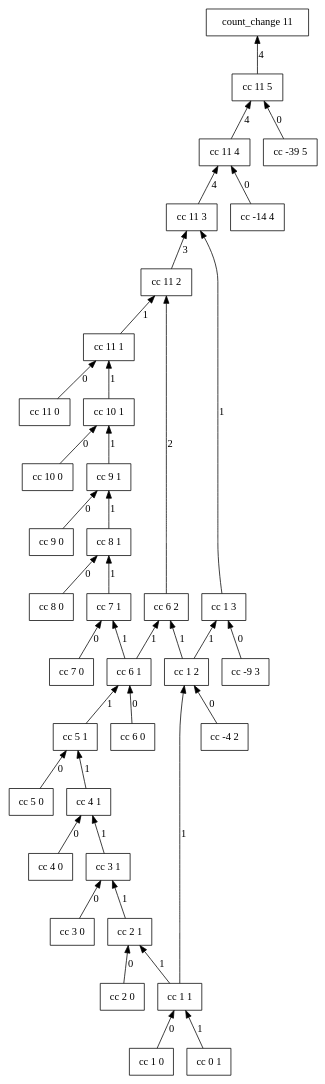
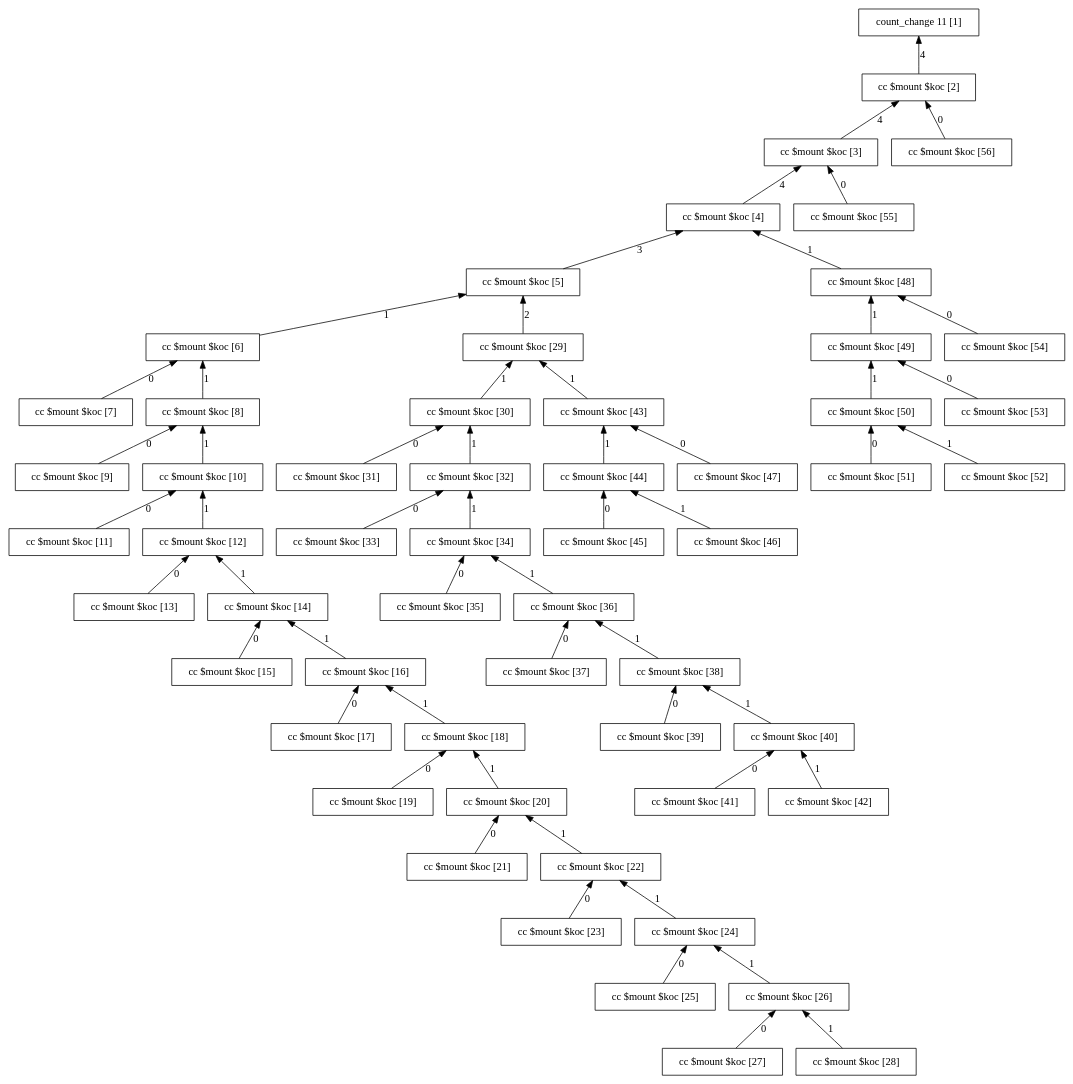
The diagram in tryout/racket/sicp/ex1.14-amount-11.dot (bpdevries1/nicoprj), drawn with Graphviz before and after one commit. The commit also changed 6 other files, not shown here.

```diff
--- a/tryout/racket/sicp/ex1.14-amount-11.dot
+++ b/tryout/racket/sicp/ex1.14-amount-11.dot
@@ -1,121 +1,121 @@
 digraph G {
 		rankdir = BT
 /*
 		size="40,40";
 		ratio=fill;
 		node [fontname=Arial,fontsize=20];
 		edge [fontname=Arial,fontsize=16];
 */
     
-  _count_change_11 [label="count_change 11",shape="rectangle"];
-  _cc_11_5 [label="cc 11 5",shape="rectangle"];
-  _cc_11_4 [label="cc 11 4",shape="rectangle"];
-  _cc_11_3 [label="cc 11 3",shape="rectangle"];
-  _cc_11_2 [label="cc 11 2",shape="rectangle"];
-  _cc_11_1 [label="cc 11 1",shape="rectangle"];
-  _cc_11_0 [label="cc 11 0",shape="rectangle"];
-  _cc_10_1 [label="cc 10 1",shape="rectangle"];
-  _cc_10_0 [label="cc 10 0",shape="rectangle"];
-  _cc_9_1 [label="cc 9 1",shape="rectangle"];
-  _cc_9_0 [label="cc 9 0",shape="rectangle"];
-  _cc_8_1 [label="cc 8 1",shape="rectangle"];
-  _cc_8_0 [label="cc 8 0",shape="rectangle"];
-  _cc_7_1 [label="cc 7 1",shape="rectangle"];
-  _cc_7_0 [label="cc 7 0",shape="rectangle"];
-  _cc_6_1 [label="cc 6 1",shape="rectangle"];
-  _cc_6_0 [label="cc 6 0",shape="rectangle"];
-  _cc_5_1 [label="cc 5 1",shape="rectangle"];
-  _cc_5_0 [label="cc 5 0",shape="rectangle"];
-  _cc_4_1 [label="cc 4 1",shape="rectangle"];
-  _cc_4_0 [label="cc 4 0",shape="rectangle"];
-  _cc_3_1 [label="cc 3 1",shape="rectangle"];
-  _cc_3_0 [label="cc 3 0",shape="rectangle"];
-  _cc_2_1 [label="cc 2 1",shape="rectangle"];
-  _cc_2_0 [label="cc 2 0",shape="rectangle"];
-  _cc_1_1 [label="cc 1 1",shape="rectangle"];
-  _cc_1_0 [label="cc 1 0",shape="rectangle"];
-  _cc_0_1 [label="cc 0 1",shape="rectangle"];
-  _cc_1_0 -> _cc_1_1 [label="0"];
-  _cc_0_1 -> _cc_1_1 [label="1"];
-  _cc_2_0 -> _cc_2_1 [label="0"];
-  _cc_1_1 -> _cc_2_1 [label="1"];
-  _cc_3_0 -> _cc_3_1 [label="0"];
-  _cc_2_1 -> _cc_3_1 [label="1"];
-  _cc_4_0 -> _cc_4_1 [label="0"];
-  _cc_3_1 -> _cc_4_1 [label="1"];
-  _cc_5_0 -> _cc_5_1 [label="0"];
-  _cc_4_1 -> _cc_5_1 [label="1"];
-  _cc_6_0 -> _cc_6_1 [label="0"];
-  _cc_5_1 -> _cc_6_1 [label="1"];
-  _cc_7_0 -> _cc_7_1 [label="0"];
-  _cc_6_1 -> _cc_7_1 [label="1"];
-  _cc_8_0 -> _cc_8_1 [label="0"];
-  _cc_7_1 -> _cc_8_1 [label="1"];
-  _cc_9_0 -> _cc_9_1 [label="0"];
-  _cc_8_1 -> _cc_9_1 [label="1"];
-  _cc_10_0 -> _cc_10_1 [label="0"];
-  _cc_9_1 -> _cc_10_1 [label="1"];
-  _cc_11_0 -> _cc_11_1 [label="0"];
-  _cc_10_1 -> _cc_11_1 [label="1"];
-  _cc_6_2 [label="cc 6 2",shape="rectangle"];
-  _cc_6_1 [label="cc 6 1",shape="rectangle"];
-  _cc_6_0 [label="cc 6 0",shape="rectangle"];
-  _cc_5_1 [label="cc 5 1",shape="rectangle"];
-  _cc_5_0 [label="cc 5 0",shape="rectangle"];
-  _cc_4_1 [label="cc 4 1",shape="rectangle"];
-  _cc_4_0 [label="cc 4 0",shape="rectangle"];
-  _cc_3_1 [label="cc 3 1",shape="rectangle"];
-  _cc_3_0 [label="cc 3 0",shape="rectangle"];
-  _cc_2_1 [label="cc 2 1",shape="rectangle"];
-  _cc_2_0 [label="cc 2 0",shape="rectangle"];
-  _cc_1_1 [label="cc 1 1",shape="rectangle"];
-  _cc_1_0 [label="cc 1 0",shape="rectangle"];
-  _cc_0_1 [label="cc 0 1",shape="rectangle"];
-
-
-
-
-
-
-
-
-
-
-
-
-  _cc_1_2 [label="cc 1 2",shape="rectangle"];
-  _cc_1_1 [label="cc 1 1",shape="rectangle"];
-  _cc_1_0 [label="cc 1 0",shape="rectangle"];
-  _cc_0_1 [label="cc 0 1",shape="rectangle"];
-
-
-  _cc__4_2 [label="cc -4 2",shape="rectangle"];
-  _cc_1_1 -> _cc_1_2 [label="1"];
-  _cc__4_2 -> _cc_1_2 [label="0"];
-  _cc_6_1 -> _cc_6_2 [label="1"];
-  _cc_1_2 -> _cc_6_2 [label="1"];
-  _cc_11_1 -> _cc_11_2 [label="1"];
-  _cc_6_2 -> _cc_11_2 [label="2"];
-  _cc_1_3 [label="cc 1 3",shape="rectangle"];
-  _cc_1_2 [label="cc 1 2",shape="rectangle"];
-  _cc_1_1 [label="cc 1 1",shape="rectangle"];
-  _cc_1_0 [label="cc 1 0",shape="rectangle"];
-  _cc_0_1 [label="cc 0 1",shape="rectangle"];
-
-
-  _cc__4_2 [label="cc -4 2",shape="rectangle"];
-
-
-  _cc__9_3 [label="cc -9 3",shape="rectangle"];
-  _cc_1_2 -> _cc_1_3 [label="1"];
-  _cc__9_3 -> _cc_1_3 [label="0"];
-  _cc_11_2 -> _cc_11_3 [label="3"];
-  _cc_1_3 -> _cc_11_3 [label="1"];
-  _cc__14_4 [label="cc -14 4",shape="rectangle"];
-  _cc_11_3 -> _cc_11_4 [label="4"];
-  _cc__14_4 -> _cc_11_4 [label="0"];
-  _cc__39_5 [label="cc -39 5",shape="rectangle"];
-  _cc_11_4 -> _cc_11_5 [label="4"];
-  _cc__39_5 -> _cc_11_5 [label="0"];
-  _cc_11_5 -> _count_change_11 [label="4"];
+  _count_change_11__1_ [label="count_change 11 [1]",shape="rectangle"];
+  _cc__mount__koc__2_ [label="cc $mount $koc [2]",shape="rectangle"];
+  _cc__mount__koc__3_ [label="cc $mount $koc [3]",shape="rectangle"];
+  _cc__mount__koc__4_ [label="cc $mount $koc [4]",shape="rectangle"];
+  _cc__mount__koc__5_ [label="cc $mount $koc [5]",shape="rectangle"];
+  _cc__mount__koc__6_ [label="cc $mount $koc [6]",shape="rectangle"];
+  _cc__mount__koc__7_ [label="cc $mount $koc [7]",shape="rectangle"];
+  _cc__mount__koc__7_ -> _cc__mount__koc__6_ [label="0"];
+  _cc__mount__koc__8_ [label="cc $mount $koc [8]",shape="rectangle"];
+  _cc__mount__koc__9_ [label="cc $mount $koc [9]",shape="rectangle"];
+  _cc__mount__koc__9_ -> _cc__mount__koc__8_ [label="0"];
+  _cc__mount__koc__10_ [label="cc $mount $koc [10]",shape="rectangle"];
+  _cc__mount__koc__11_ [label="cc $mount $koc [11]",shape="rectangle"];
+  _cc__mount__koc__11_ -> _cc__mount__koc__10_ [label="0"];
+  _cc__mount__koc__12_ [label="cc $mount $koc [12]",shape="rectangle"];
+  _cc__mount__koc__13_ [label="cc $mount $koc [13]",shape="rectangle"];
+  _cc__mount__koc__13_ -> _cc__mount__koc__12_ [label="0"];
+  _cc__mount__koc__14_ [label="cc $mount $koc [14]",shape="rectangle"];
+  _cc__mount__koc__15_ [label="cc $mount $koc [15]",shape="rectangle"];
+  _cc__mount__koc__15_ -> _cc__mount__koc__14_ [label="0"];
+  _cc__mount__koc__16_ [label="cc $mount $koc [16]",shape="rectangle"];
+  _cc__mount__koc__17_ [label="cc $mount $koc [17]",shape="rectangle"];
+  _cc__mount__koc__17_ -> _cc__mount__koc__16_ [label="0"];
+  _cc__mount__koc__18_ [label="cc $mount $koc [18]",shape="rectangle"];
+  _cc__mount__koc__19_ [label="cc $mount $koc [19]",shape="rectangle"];
+  _cc__mount__koc__19_ -> _cc__mount__koc__18_ [label="0"];
+  _cc__mount__koc__20_ [label="cc $mount $koc [20]",shape="rectangle"];
+  _cc__mount__koc__21_ [label="cc $mount $koc [21]",shape="rectangle"];
+  _cc__mount__koc__21_ -> _cc__mount__koc__20_ [label="0"];
+  _cc__mount__koc__22_ [label="cc $mount $koc [22]",shape="rectangle"];
+  _cc__mount__koc__23_ [label="cc $mount $koc [23]",shape="rectangle"];
+  _cc__mount__koc__23_ -> _cc__mount__koc__22_ [label="0"];
+  _cc__mount__koc__24_ [label="cc $mount $koc [24]",shape="rectangle"];
+  _cc__mount__koc__25_ [label="cc $mount $koc [25]",shape="rectangle"];
+  _cc__mount__koc__25_ -> _cc__mount__koc__24_ [label="0"];
+  _cc__mount__koc__26_ [label="cc $mount $koc [26]",shape="rectangle"];
+  _cc__mount__koc__27_ [label="cc $mount $koc [27]",shape="rectangle"];
+  _cc__mount__koc__27_ -> _cc__mount__koc__26_ [label="0"];
+  _cc__mount__koc__28_ [label="cc $mount $koc [28]",shape="rectangle"];
+  _cc__mount__koc__28_ -> _cc__mount__koc__26_ [label="1"];
+  _cc__mount__koc__26_ -> _cc__mount__koc__24_ [label="1"];
+  _cc__mount__koc__24_ -> _cc__mount__koc__22_ [label="1"];
+  _cc__mount__koc__22_ -> _cc__mount__koc__20_ [label="1"];
+  _cc__mount__koc__20_ -> _cc__mount__koc__18_ [label="1"];
+  _cc__mount__koc__18_ -> _cc__mount__koc__16_ [label="1"];
+  _cc__mount__koc__16_ -> _cc__mount__koc__14_ [label="1"];
+  _cc__mount__koc__14_ -> _cc__mount__koc__12_ [label="1"];
+  _cc__mount__koc__12_ -> _cc__mount__koc__10_ [label="1"];
+  _cc__mount__koc__10_ -> _cc__mount__koc__8_ [label="1"];
+  _cc__mount__koc__8_ -> _cc__mount__koc__6_ [label="1"];
+  _cc__mount__koc__6_ -> _cc__mount__koc__5_ [label="1"];
+  _cc__mount__koc__29_ [label="cc $mount $koc [29]",shape="rectangle"];
+  _cc__mount__koc__30_ [label="cc $mount $koc [30]",shape="rectangle"];
+  _cc__mount__koc__31_ [label="cc $mount $koc [31]",shape="rectangle"];
+  _cc__mount__koc__31_ -> _cc__mount__koc__30_ [label="0"];
+  _cc__mount__koc__32_ [label="cc $mount $koc [32]",shape="rectangle"];
+  _cc__mount__koc__33_ [label="cc $mount $koc [33]",shape="rectangle"];
+  _cc__mount__koc__33_ -> _cc__mount__koc__32_ [label="0"];
+  _cc__mount__koc__34_ [label="cc $mount $koc [34]",shape="rectangle"];
+  _cc__mount__koc__35_ [label="cc $mount $koc [35]",shape="rectangle"];
+  _cc__mount__koc__35_ -> _cc__mount__koc__34_ [label="0"];
+  _cc__mount__koc__36_ [label="cc $mount $koc [36]",shape="rectangle"];
+  _cc__mount__koc__37_ [label="cc $mount $koc [37]",shape="rectangle"];
+  _cc__mount__koc__37_ -> _cc__mount__koc__36_ [label="0"];
+  _cc__mount__koc__38_ [label="cc $mount $koc [38]",shape="rectangle"];
+  _cc__mount__koc__39_ [label="cc $mount $koc [39]",shape="rectangle"];
+  _cc__mount__koc__39_ -> _cc__mount__koc__38_ [label="0"];
+  _cc__mount__koc__40_ [label="cc $mount $koc [40]",shape="rectangle"];
+  _cc__mount__koc__41_ [label="cc $mount $koc [41]",shape="rectangle"];
+  _cc__mount__koc__41_ -> _cc__mount__koc__40_ [label="0"];
+  _cc__mount__koc__42_ [label="cc $mount $koc [42]",shape="rectangle"];
+  _cc__mount__koc__42_ -> _cc__mount__koc__40_ [label="1"];
+  _cc__mount__koc__40_ -> _cc__mount__koc__38_ [label="1"];
+  _cc__mount__koc__38_ -> _cc__mount__koc__36_ [label="1"];
+  _cc__mount__koc__36_ -> _cc__mount__koc__34_ [label="1"];
+  _cc__mount__koc__34_ -> _cc__mount__koc__32_ [label="1"];
+  _cc__mount__koc__32_ -> _cc__mount__koc__30_ [label="1"];
+  _cc__mount__koc__30_ -> _cc__mount__koc__29_ [label="1"];
+  _cc__mount__koc__43_ [label="cc $mount $koc [43]",shape="rectangle"];
+  _cc__mount__koc__44_ [label="cc $mount $koc [44]",shape="rectangle"];
+  _cc__mount__koc__45_ [label="cc $mount $koc [45]",shape="rectangle"];
+  _cc__mount__koc__45_ -> _cc__mount__koc__44_ [label="0"];
+  _cc__mount__koc__46_ [label="cc $mount $koc [46]",shape="rectangle"];
+  _cc__mount__koc__46_ -> _cc__mount__koc__44_ [label="1"];
+  _cc__mount__koc__44_ -> _cc__mount__koc__43_ [label="1"];
+  _cc__mount__koc__47_ [label="cc $mount $koc [47]",shape="rectangle"];
+  _cc__mount__koc__47_ -> _cc__mount__koc__43_ [label="0"];
+  _cc__mount__koc__43_ -> _cc__mount__koc__29_ [label="1"];
+  _cc__mount__koc__29_ -> _cc__mount__koc__5_ [label="2"];
+  _cc__mount__koc__5_ -> _cc__mount__koc__4_ [label="3"];
+  _cc__mount__koc__48_ [label="cc $mount $koc [48]",shape="rectangle"];
+  _cc__mount__koc__49_ [label="cc $mount $koc [49]",shape="rectangle"];
+  _cc__mount__koc__50_ [label="cc $mount $koc [50]",shape="rectangle"];
+  _cc__mount__koc__51_ [label="cc $mount $koc [51]",shape="rectangle"];
+  _cc__mount__koc__51_ -> _cc__mount__koc__50_ [label="0"];
+  _cc__mount__koc__52_ [label="cc $mount $koc [52]",shape="rectangle"];
+  _cc__mount__koc__52_ -> _cc__mount__koc__50_ [label="1"];
+  _cc__mount__koc__50_ -> _cc__mount__koc__49_ [label="1"];
+  _cc__mount__koc__53_ [label="cc $mount $koc [53]",shape="rectangle"];
+  _cc__mount__koc__53_ -> _cc__mount__koc__49_ [label="0"];
+  _cc__mount__koc__49_ -> _cc__mount__koc__48_ [label="1"];
+  _cc__mount__koc__54_ [label="cc $mount $koc [54]",shape="rectangle"];
+  _cc__mount__koc__54_ -> _cc__mount__koc__48_ [label="0"];
+  _cc__mount__koc__48_ -> _cc__mount__koc__4_ [label="1"];
+  _cc__mount__koc__4_ -> _cc__mount__koc__3_ [label="4"];
+  _cc__mount__koc__55_ [label="cc $mount $koc [55]",shape="rectangle"];
+  _cc__mount__koc__55_ -> _cc__mount__koc__3_ [label="0"];
+  _cc__mount__koc__3_ -> _cc__mount__koc__2_ [label="4"];
+  _cc__mount__koc__56_ [label="cc $mount $koc [56]",shape="rectangle"];
+  _cc__mount__koc__56_ -> _cc__mount__koc__2_ [label="0"];
+  _cc__mount__koc__2_ -> _count_change_11__1_ [label="4"];
 }
```
